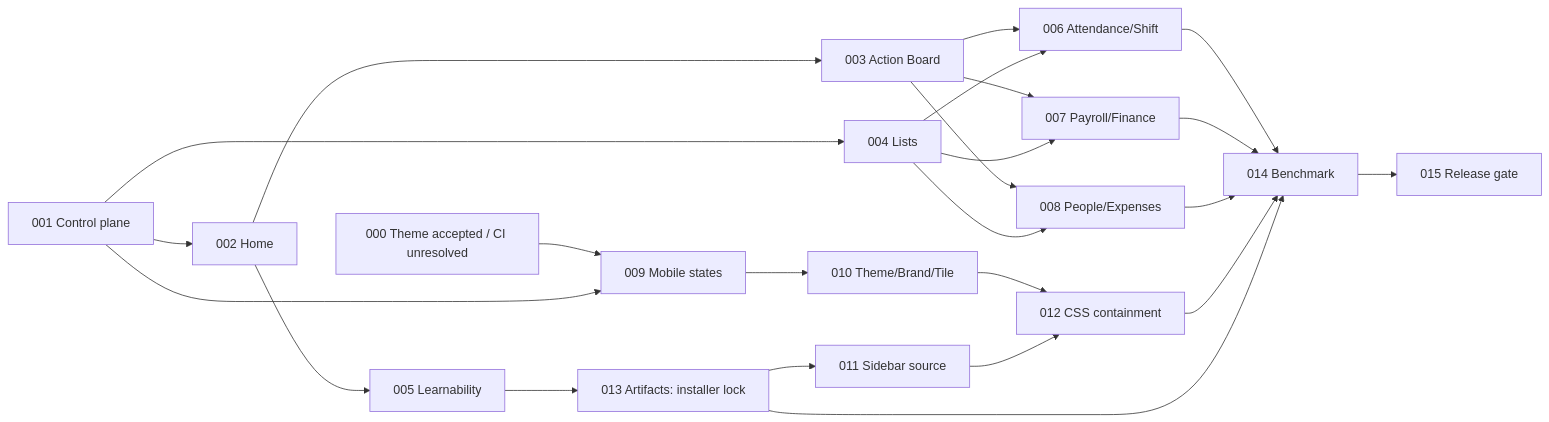
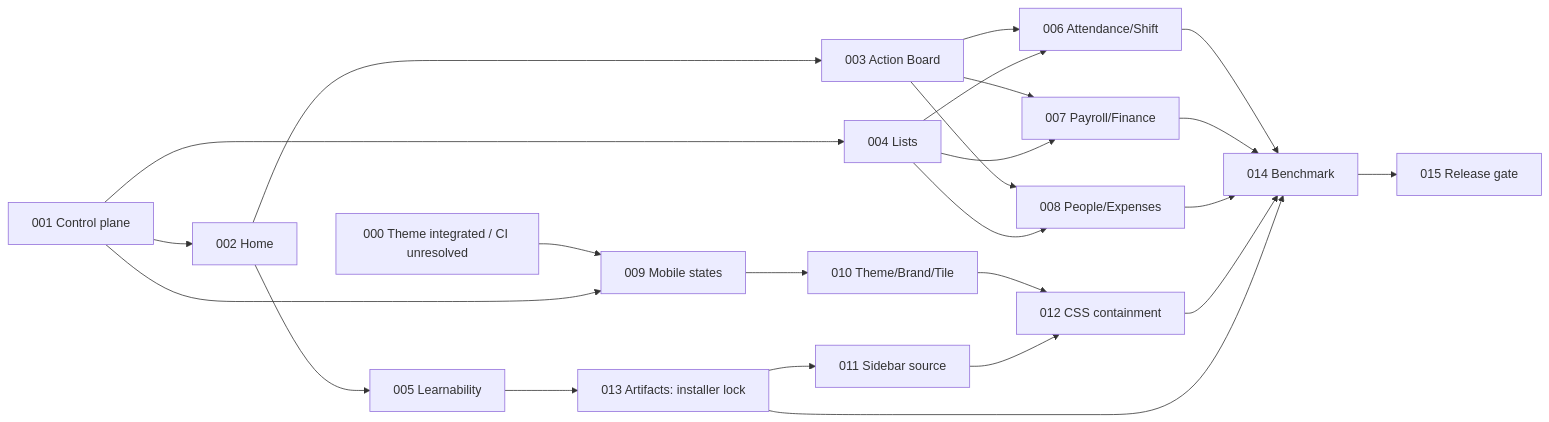
The diagram in tasks/ux_convergence/MASTER_PLAN.md (shamrat05/tradexcel-hr-v16), drawn with Mermaid before and after one commit. The commit also changed other lines of this file and 2 other files, not shown here.

Commit message:
docs(ux): record integrated Wave A base

````diff
--- a/tasks/ux_convergence/MASTER_PLAN.md
+++ b/tasks/ux_convergence/MASTER_PLAN.md
@@ -38,26 +44,26 @@
 ```mermaid
 flowchart LR
-  T000[000 Theme accepted / CI unresolved] --> T009[009 Mobile states]
+  T000[000 Theme integrated / CI unresolved] --> T009[009 Mobile states]
   T001[001 Control plane] --> T002[002 Home]
   T001 --> T004[004 Lists]
   T001 --> T009
   T002 --> T003[003 Action Board]
   T002 --> T005[005 Learnability]
   T005 --> T013[013 Artifacts: installer lock]
   T003 --> T006[006 Attendance/Shift]
   T003 --> T007[007 Payroll/Finance]
   T003 --> T008[008 People/Expenses]
   T004 --> T006
   T004 --> T007
   T004 --> T008
   T009 --> T010[010 Theme/Brand/Tile]
   T013 --> T011[011 Sidebar source]
   T010 --> T012[012 CSS containment]
   T011 --> T012
   T006 --> T014[014 Benchmark]
   T007 --> T014
   T008 --> T014
   T012 --> T014
   T013 --> T014
   T014 --> T015[015 Release gate]
 ```
````
